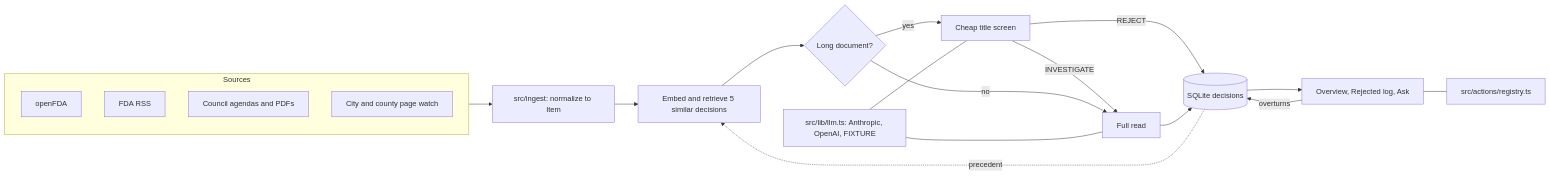
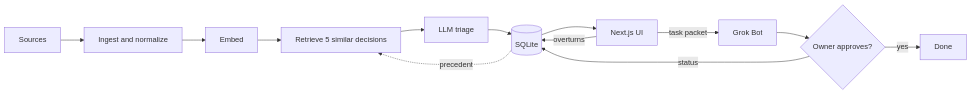
Before and after one commit to sa087613/grokathon: the diagram in README.md, drawn with Mermaid. The commit also changed other lines of this file and 33 other files, not shown here.

First line of the commit message:
Make the localhost demo reliable and add the Grok Bot simulated flow

````diff
--- a/README.md
+++ b/README.md
@@ -40,19 +27,15 @@
 ```mermaid
 flowchart LR
-  subgraph Sources
-    A[openFDA] & B[FDA RSS] & C[Council agendas and PDFs] & D[City and county page watch]
-  end
-  Sources --> I[src/ingest: normalize to Item]
-  I --> E[Embed and retrieve 5 similar decisions]
-  E --> S{Long document?}
-  S -- yes --> T[Cheap title screen]
-  T -- REJECT --> DB[(SQLite decisions)]
-  T -- INVESTIGATE --> F[Full read]
-  S -- no --> F
-  F --> DB
-  DB --> UI[Overview, Rejected log, Ask]
-  UI -- overturns --> DB
-  DB -. precedent .-> E
-  L[src/lib/llm.ts: Anthropic, OpenAI, FIXTURE] --- T & F
-  UI --- R[src/actions/registry.ts]
+  S[Sources] --> I[Ingest and normalize]
+  I --> E[Embed]
+  E --> R[Retrieve 5 similar decisions]
+  R --> T[LLM triage]
+  T --> D[(SQLite)]
+  D --> U[Next.js UI]
+  U -- overturns --> D
+  D -. precedent .-> R
+  U -- task packet --> G[Grok Bot]
+  G --> A{Owner approves?}
+  A -- yes --> X[Done]
+  A -- status --> D
 ```
````
